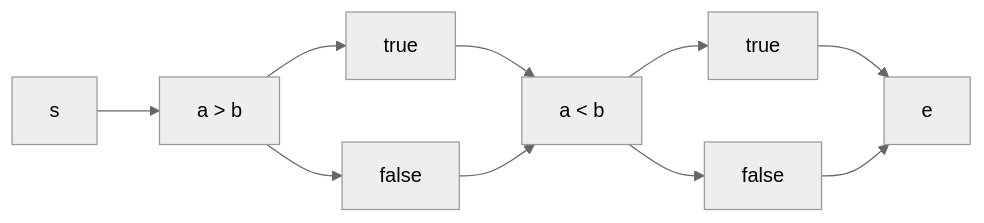
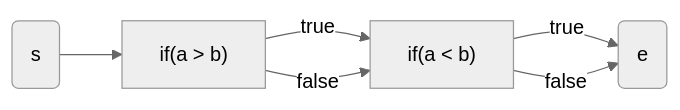
One commit to stereobooster/test-coverage-calculation changed the fourth of 5 diagrams in README.md. Above: the diagram before and after it, drawn with Mermaid (neutral theme). The commit also changed other lines of this file, not shown here.

Commit message:
update diagrams

````diff
--- a/README.md
+++ b/README.md
@@ -121,10 +121,8 @@
 ```mermaid
 flowchart LR
-  s --> if1["a > b"]
-  if1 --> t1["true"] --> if2
-  if1 --> f1["false"] --> if2
-  if2["a < b"] --> t2["true"]
-  if2 --> f2["false"]
-  t2 --> e
-  f2 --> e
+  s(s) --> if1["if(a > b)"]
+  if1 -- true  --> if2
+  if1 -- false --> if2
+  if2["if(a < b)"] -- true --> e
+  if2 -- false --> e(e)
 ```
````
